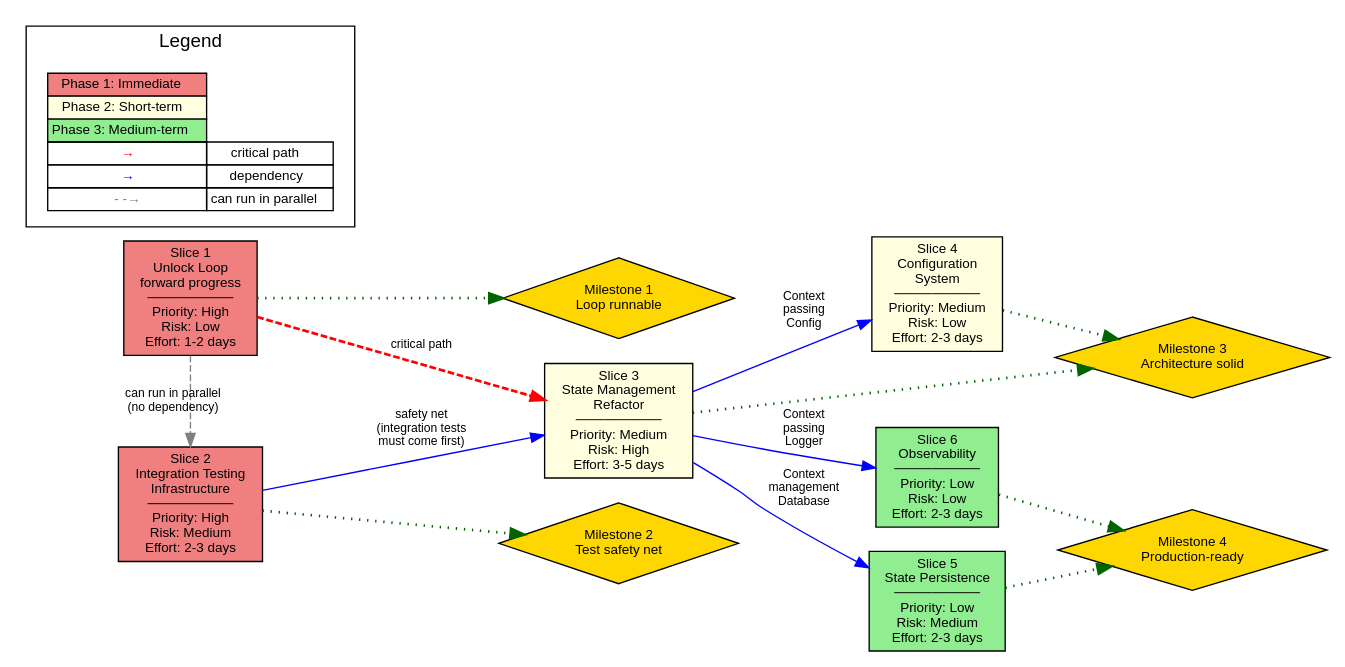
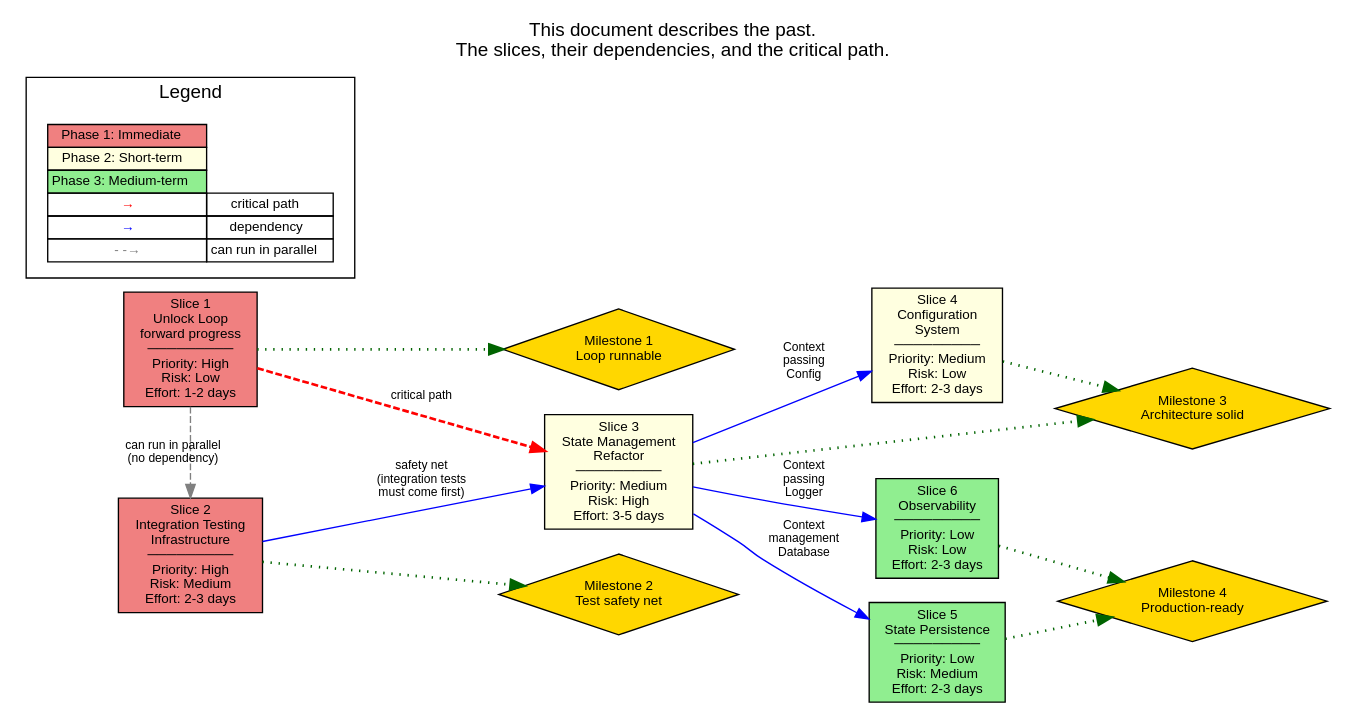
Before and after one commit to riantr/MAKED: the diagram in migration-dependency-graph.dot, drawn with Graphviz. The commit also changed 4 other files, not shown here.

```diff
--- a/migration-dependency-graph.dot
+++ b/migration-dependency-graph.dot
@@ -1,69 +1,81 @@
+// This document describes the past.
+//
+// The dependencies between the migration slices, and the critical path
+// through them, as they were worked out when the tree was a prototype.
+// Every slice has since been implemented, or deliberately deferred. The
+// reasoning is the point -- but read it as history.
+//
+// For the system as it is today, read architecture/system-model.md and the
+// README.
+
 digraph migration_dependencies {
   rankdir=LR;
+  label="This document describes the past.\nThe slices, their dependencies, and the critical path."
+  labelloc="t"
   fontname="Helvetica";
   node [fontname="Helvetica", fontsize=10, shape=box, style=filled];
   edge [fontname="Helvetica", fontsize=9];
   
   // Phase 1: Immediate
   node [fillcolor=lightcoral];
   slice1 [label="Slice 1\nUnlock Loop\nforward progress\n─────────\nPriority: High\nRisk: Low\nEffort: 1-2 days"];
   slice2 [label="Slice 2\nIntegration Testing\nInfrastructure\n─────────\nPriority: High\nRisk: Medium\nEffort: 2-3 days"];
   
   // Phase 2: Short-term
   node [fillcolor=lightyellow];
   slice3 [label="Slice 3\nState Management\nRefactor\n─────────\nPriority: Medium\nRisk: High\nEffort: 3-5 days"];
   slice4 [label="Slice 4\nConfiguration\nSystem\n─────────\nPriority: Medium\nRisk: Low\nEffort: 2-3 days"];
   
   // Phase 3: Medium-term
   node [fillcolor=lightgreen];
   slice5 [label="Slice 5\nState Persistence\n─────────\nPriority: Low\nRisk: Medium\nEffort: 2-3 days"];
   slice6 [label="Slice 6\nObservability\n─────────\nPriority: Low\nRisk: Low\nEffort: 2-3 days"];
   
   // Dependencies
   edge [color=blue, style=solid];
   slice2 -> slice3 [label="safety net\n(integration tests\nmust come first)"];
   slice3 -> slice4 [label="Context\npassing\nConfig"];
   slice3 -> slice5 [label="Context\nmanagement\nDatabase"];
   slice3 -> slice6 [label="Context\npassing\nLogger"];
   
   // Parallel paths
   edge [color=gray, style=dashed];
   slice1 -> slice2 [label="can run in parallel\n(no dependency)", constraint=false];
   
   // Critical path
   edge [color=red, penwidth=2];
   slice1 -> slice3 [label="critical path", constraint=false];
   
   // Milestones
   node [shape=diamond, fillcolor=gold, width=2];
   m1 [label="Milestone 1\nLoop runnable"];
   m2 [label="Milestone 2\nTest safety net"];
   m3 [label="Milestone 3\nArchitecture solid"];
   m4 [label="Milestone 4\nProduction-ready"];
   
   edge [style=dotted, color=darkgreen];
   slice1 -> m1;
   slice2 -> m2;
   slice3 -> m3;
   slice4 -> m3;
   slice5 -> m4;
   slice6 -> m4;
   
   // Legend
   subgraph cluster_legend {
     label="Legend";
     style=solid;
     
     node [shape=plaintext, fillcolor=white];
     legend [label=<
       <table border="0" cellborder="1" cellspacing="0">
         <tr><td bgcolor="lightcoral">Phase 1: Immediate</td></tr>
         <tr><td bgcolor="lightyellow">Phase 2: Short-term</td></tr>
         <tr><td bgcolor="lightgreen">Phase 3: Medium-term</td></tr>
         <tr><td><font color="red">→</font></td><td>critical path</td></tr>
         <tr><td><font color="blue">→</font></td><td>dependency</td></tr>
         <tr><td><font color="gray">- -→</font></td><td>can run in parallel</td></tr>
       </table>
     >];
   }
 }
```
